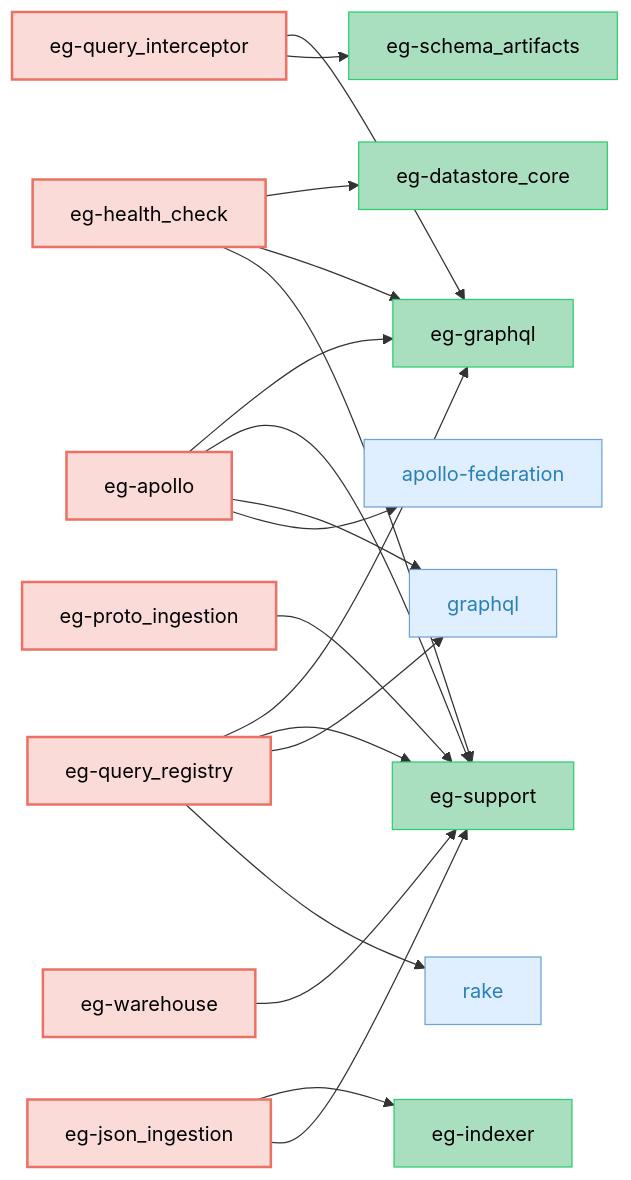
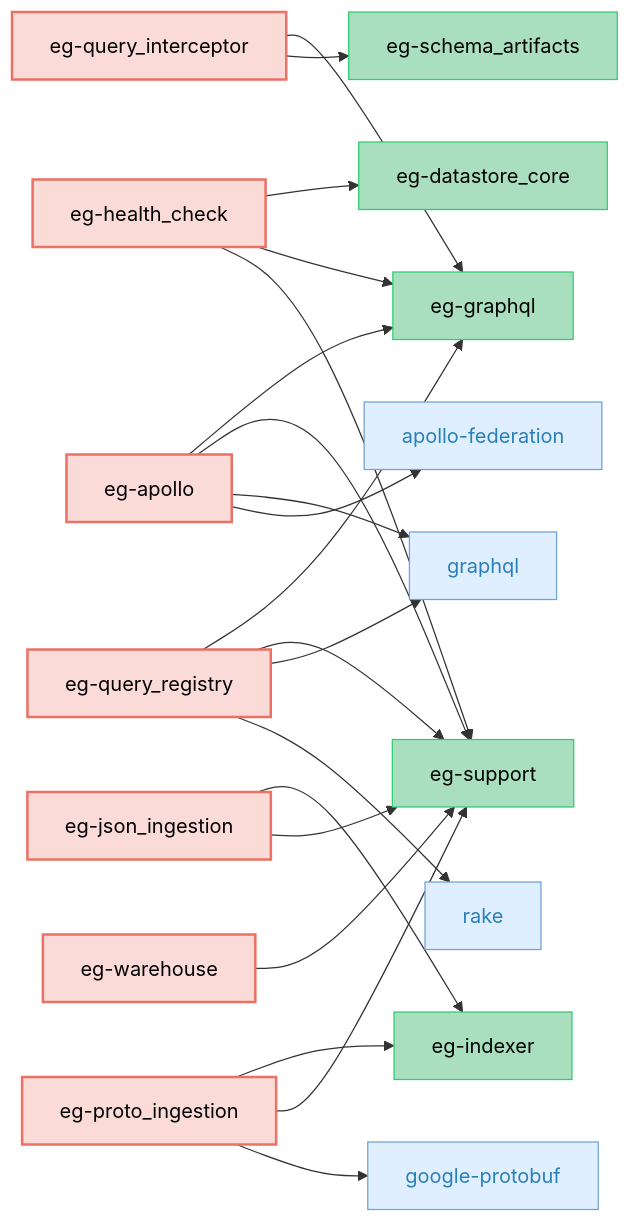
Before and after one commit to block/elasticgraph: the fourth of 5 diagrams in CODEBASE_OVERVIEW.md, drawn with Mermaid. The commit also changed 8 other files, not shown here.

````diff
--- a/CODEBASE_OVERVIEW.md
+++ b/CODEBASE_OVERVIEW.md
@@ -209,56 +209,61 @@
 ```mermaid
 graph LR;
     classDef targetGemStyle fill:#FADBD8,stroke:#EC7063,color:#000,stroke-width:2px;
     classDef otherEgGemStyle fill:#A9DFBF,stroke:#2ECC71,color:#000;
     classDef externalGemCatStyle fill:#E0EFFF,stroke:#70A1D7,color:#2980B9;
     elasticgraph-apollo["eg-apollo"];
     elasticgraph-graphql["eg-graphql"];
     elasticgraph-support["eg-support"];
     graphql["graphql"];
     apollo-federation["apollo-federation"];
     elasticgraph-health_check["eg-health_check"];
     elasticgraph-datastore_core["eg-datastore_core"];
     elasticgraph-json_ingestion["eg-json_ingestion"];
     elasticgraph-indexer["eg-indexer"];
     elasticgraph-proto_ingestion["eg-proto_ingestion"];
+    google-protobuf["google-protobuf"];
     elasticgraph-query_interceptor["eg-query_interceptor"];
     elasticgraph-schema_artifacts["eg-schema_artifacts"];
     elasticgraph-query_registry["eg-query_registry"];
     rake["rake"];
     elasticgraph-warehouse["eg-warehouse"];
     elasticgraph-apollo --> elasticgraph-graphql;
     elasticgraph-apollo --> elasticgraph-support;
     elasticgraph-apollo --> graphql;
     elasticgraph-apollo --> apollo-federation;
     elasticgraph-health_check --> elasticgraph-datastore_core;
     elasticgraph-health_check --> elasticgraph-graphql;
     elasticgraph-health_check --> elasticgraph-support;
     elasticgraph-json_ingestion --> elasticgraph-indexer;
     elasticgraph-json_ingestion --> elasticgraph-support;
+    elasticgraph-proto_ingestion --> elasticgraph-indexer;
     elasticgraph-proto_ingestion --> elasticgraph-support;
+    elasticgraph-proto_ingestion --> google-protobuf;
     elasticgraph-query_interceptor --> elasticgraph-graphql;
     elasticgraph-query_interceptor --> elasticgraph-schema_artifacts;
     elasticgraph-query_registry --> elasticgraph-graphql;
     elasticgraph-query_registry --> elasticgraph-support;
     elasticgraph-query_registry --> graphql;
     elasticgraph-query_registry --> rake;
     elasticgraph-warehouse --> elasticgraph-support;
     class elasticgraph-apollo targetGemStyle;
     class elasticgraph-graphql otherEgGemStyle;
     class elasticgraph-support otherEgGemStyle;
     class graphql externalGemCatStyle;
     class apollo-federation externalGemCatStyle;
     class elasticgraph-health_check targetGemStyle;
     class elasticgraph-datastore_core otherEgGemStyle;
     class elasticgraph-json_ingestion targetGemStyle;
     class elasticgraph-indexer otherEgGemStyle;
     class elasticgraph-proto_ingestion targetGemStyle;
+    class google-protobuf externalGemCatStyle;
     class elasticgraph-query_interceptor targetGemStyle;
     class elasticgraph-schema_artifacts otherEgGemStyle;
     class elasticgraph-query_registry targetGemStyle;
     class rake externalGemCatStyle;
     class elasticgraph-warehouse targetGemStyle;
     click graphql href "https://rubygems.org/gems/graphql" "Open on RubyGems.org" _blank;
     click apollo-federation href "https://rubygems.org/gems/apollo-federation" "Open on RubyGems.org" _blank;
+    click google-protobuf href "https://rubygems.org/gems/google-protobuf" "Open on RubyGems.org" _blank;
     click rake href "https://rubygems.org/gems/rake" "Open on RubyGems.org" _blank;
 ```
````
